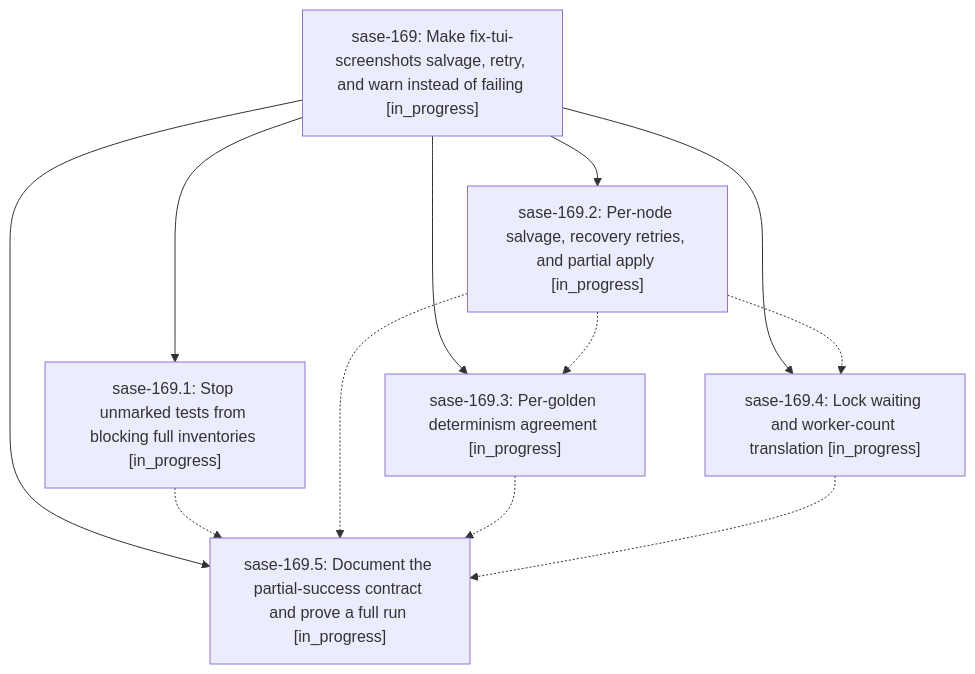
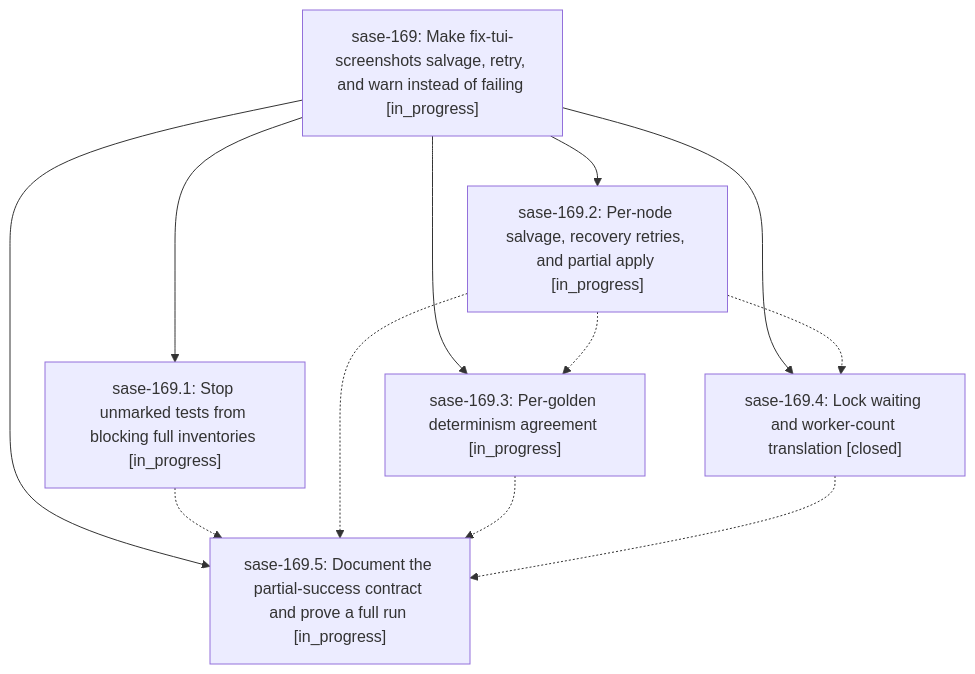
Before and after one commit to sase-org/sase--beads: the diagram in pages/sase-169/README.md, drawn with Mermaid. The commit also changed other lines of this file and 4 other files, not shown here.

````diff
--- a/pages/sase-169/README.md
+++ b/pages/sase-169/README.md
@@ -26,20 +26,20 @@
 ```mermaid
 flowchart TD
     n0["sase-169: Make fix-tui-screenshots salvage, retry, and warn instead of failing [in_progress]"]
     n1["sase-169.1: Stop unmarked tests from blocking full inventories [in_progress]"]
     n2["sase-169.2: Per-node salvage, recovery retries, and partial apply [in_progress]"]
     n3["sase-169.3: Per-golden determinism agreement [in_progress]"]
-    n4["sase-169.4: Lock waiting and worker-count translation [in_progress]"]
+    n4["sase-169.4: Lock waiting and worker-count translation [closed]"]
     n5["sase-169.5: Document the partial-success contract and prove a full run [in_progress]"]
     n0 --> n1
     n0 --> n2
     n0 --> n3
     n0 --> n4
     n0 --> n5
     n1 -.-> n5
     n2 -.-> n3
     n2 -.-> n4
     n2 -.-> n5
     n3 -.-> n5
     n4 -.-> n5
 ```
````
